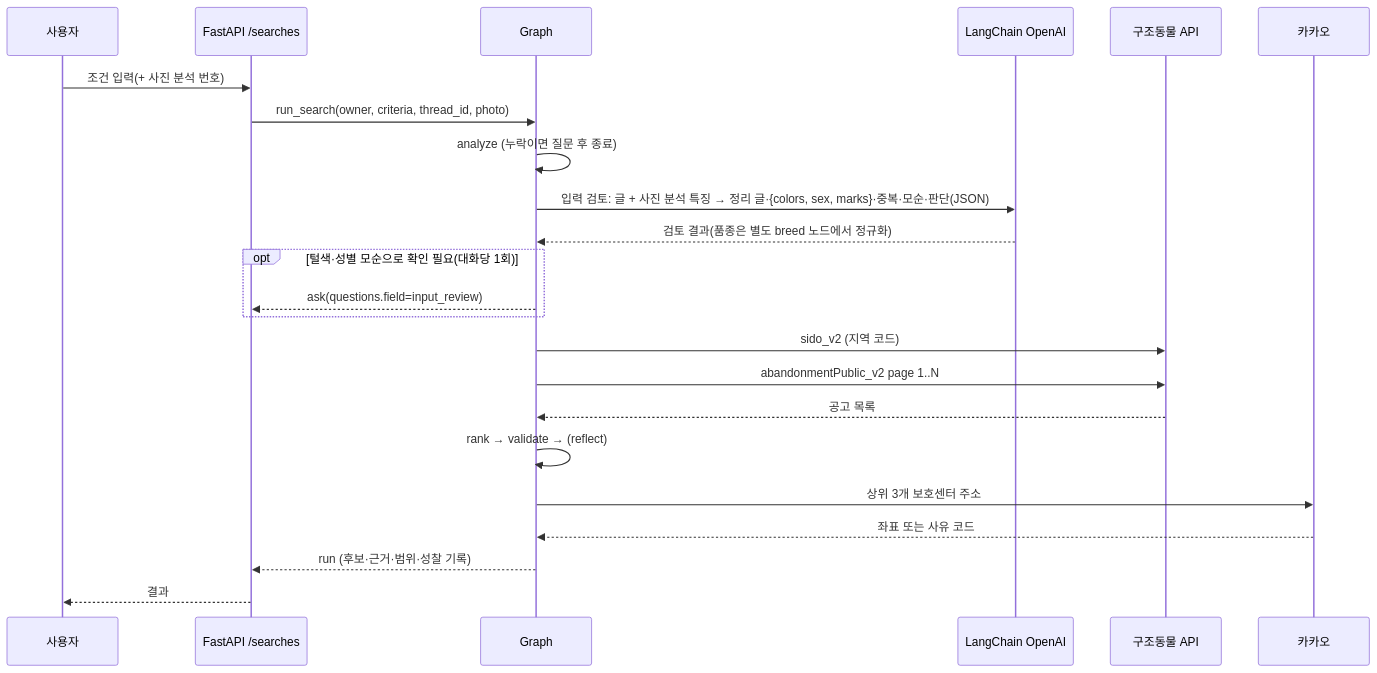
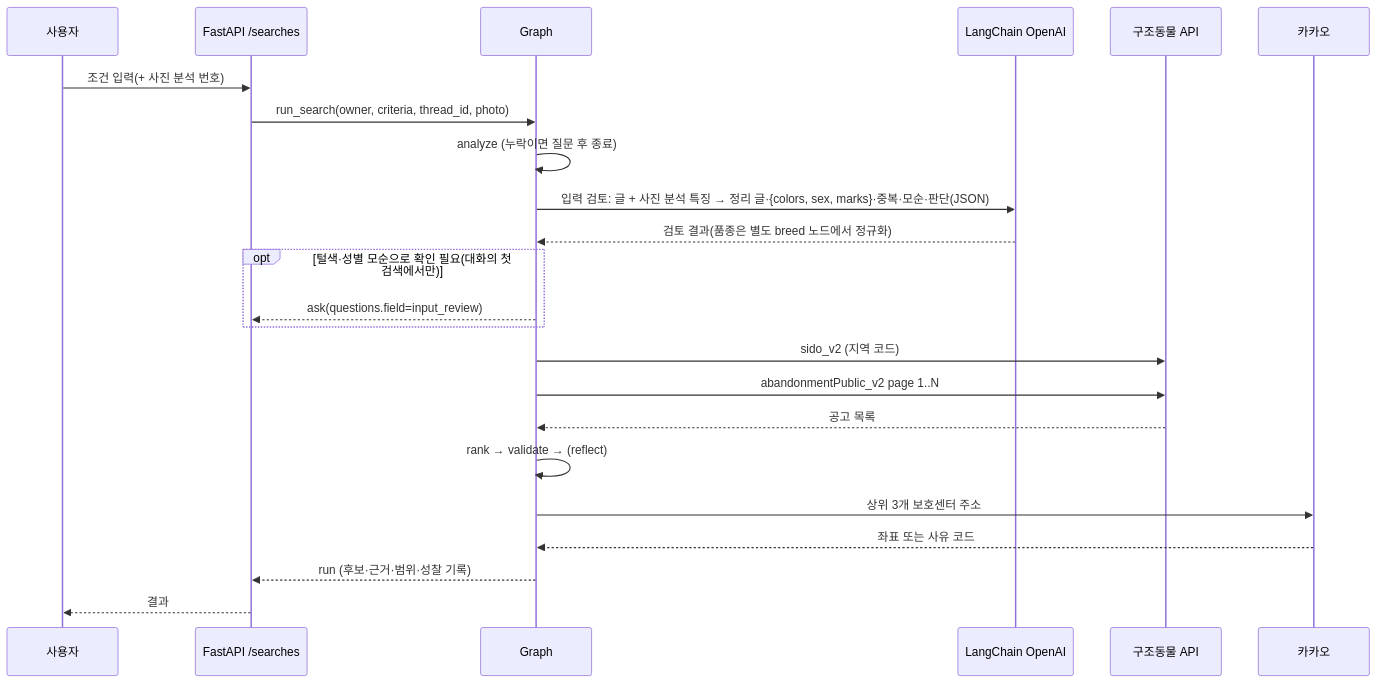
The second of 3 diagrams in docs/architecture.md (aio-03-p2-team1/aio-03-p2-team1), drawn with Mermaid before and after one commit. The commit also changed other lines of this file and 3 other files, not shown here.

First line of the commit message:
fix: 입력 검토 모순 질문은 대화의 첫 검색에서만(이어 찾기에서는 묻지 않음)

````diff
--- a/docs/architecture.md
+++ b/docs/architecture.md
@@ -129,25 +129,25 @@
 ```mermaid
 sequenceDiagram
   participant U as 사용자
   participant API as FastAPI /searches
   participant G as Graph
   participant LLM as LangChain OpenAI
   participant AN as 구조동물 API
   participant K as 카카오
   U->>API: 조건 입력(+ 사진 분석 번호)
   API->>G: run_search(owner, criteria, thread_id, photo)
   G->>G: analyze (누락이면 질문 후 종료)
   G->>LLM: 입력 검토: 글 + 사진 분석 특징 → 정리 글·{colors, sex, marks}·중복·모순·판단(JSON)
   LLM-->>G: 검토 결과(품종은 별도 breed 노드에서 정규화)
-  opt 털색·성별 모순으로 확인 필요(대화당 1회)
+  opt 털색·성별 모순으로 확인 필요(대화의 첫 검색에서만)
     G-->>API: ask(questions.field=input_review)
   end
   G->>AN: sido_v2 (지역 코드)
   G->>AN: abandonmentPublic_v2 page 1..N
   AN-->>G: 공고 목록
   G->>G: rank → validate → (reflect)
   G->>K: 상위 3개 보호센터 주소
   K-->>G: 좌표 또는 사유 코드
   G-->>API: run (후보·근거·범위·성찰 기록)
   API-->>U: 결과
 ```
````
